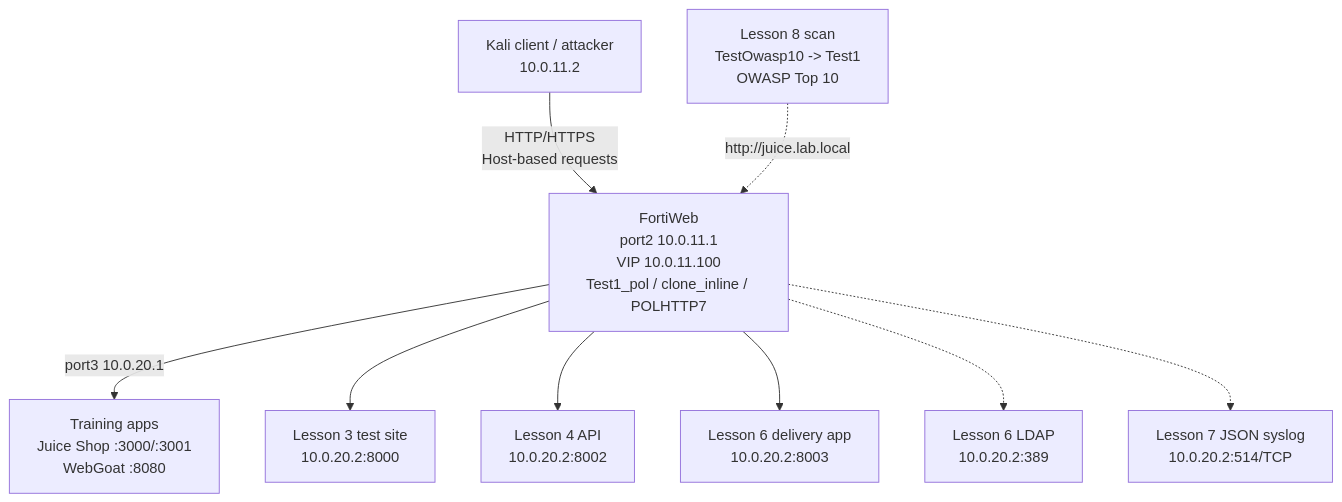
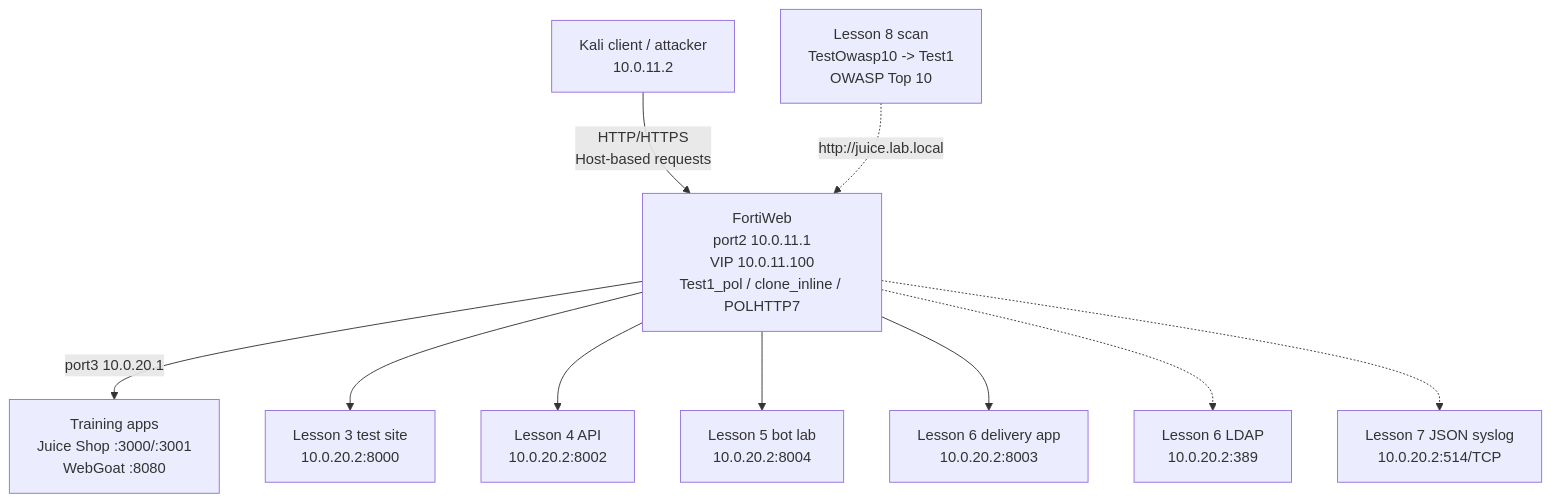
Before and after one commit to abdelrahmanelkady777/fortiweb-waf-security-lab: the diagram in README.md, drawn with Mermaid. The commit also changed other lines of this file and 26 other files, not shown here.

````diff
--- a/README.md
+++ b/README.md
@@ -26,11 +27,12 @@
 ```mermaid
 flowchart TB
     K["Kali client / attacker<br/>10.0.11.2"] -->|"HTTP/HTTPS<br/>Host-based requests"| F["FortiWeb<br/>port2 10.0.11.1<br/>VIP 10.0.11.100<br/>Test1_pol / clone_inline / POLHTTP7"]
     S["Lesson 8 scan<br/>TestOwasp10 -> Test1<br/>OWASP Top 10"] -.->|"http://juice.lab.local"| F
     F -->|"port3 10.0.20.1"| T["Training apps<br/>Juice Shop :3000/:3001<br/>WebGoat :8080"]
     F --> L3["Lesson 3 test site<br/>10.0.20.2:8000"]
     F --> A["Lesson 4 API<br/>10.0.20.2:8002"]
+    F --> L5["Lesson 5 bot lab<br/>10.0.20.2:8004"]
     F --> L6["Lesson 6 delivery app<br/>10.0.20.2:8003"]
     F -.-> LDAP["Lesson 6 LDAP<br/>10.0.20.2:389"]
     F -.-> SYS["Lesson 7 JSON syslog<br/>10.0.20.2:514/TCP"]
 ```
````
